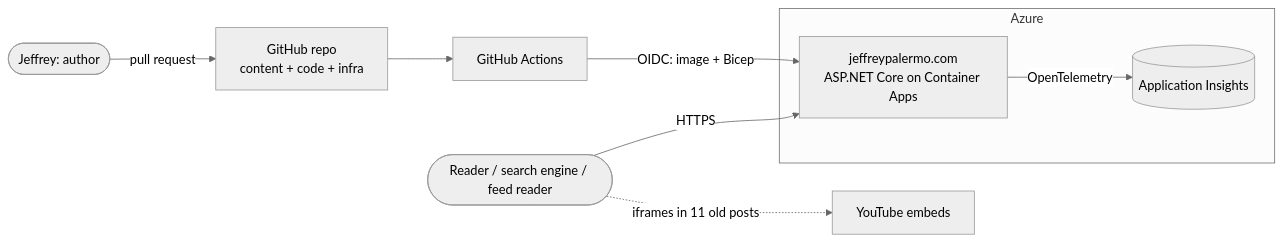
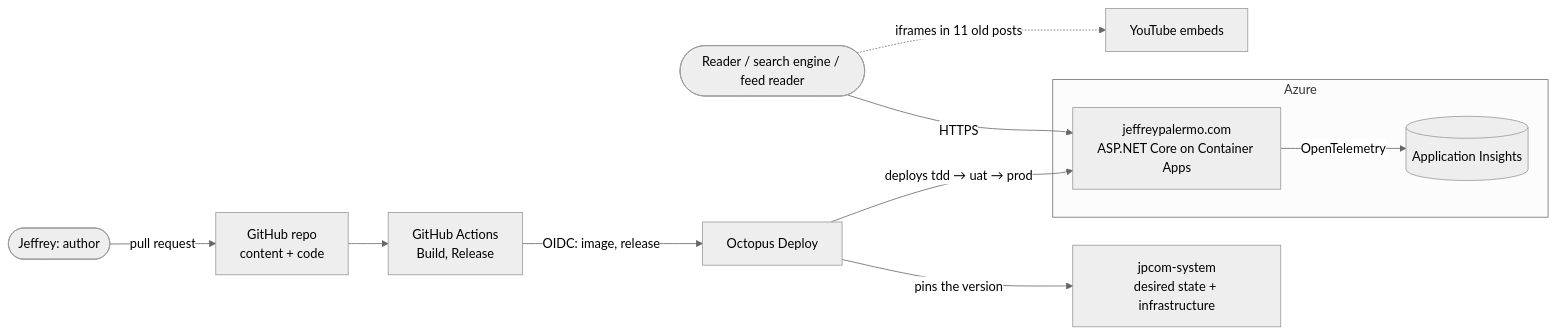
One commit to jeffreypalermo-sites/jeffreypalermo.com changed the first of 7 diagrams in docs/architecture/README.md. Above: the diagram before and after it, drawn with Mermaid (neutral theme). The commit also changed other lines of this file and 16 other files, not shown here.

First line of the commit message:
Deliver through the demo-environment-kit GitOps system (ADR-0006)

````diff
--- a/docs/architecture/README.md
+++ b/docs/architecture/README.md
@@ -24,18 +25,22 @@
 ```mermaid
 flowchart LR
     reader([Reader / search engine / feed reader])
     author([Jeffrey: author])
     subgraph Azure
         app[jeffreypalermo.com<br/>ASP.NET Core on Container Apps]
         ai[(Application Insights)]
     end
-    gh[GitHub repo<br/>content + code + infra]
-    actions[GitHub Actions]
+    gh[GitHub repo<br/>content + code]
+    actions[GitHub Actions<br/>Build, Release]
+    octo[Octopus Deploy]
+    sys[jpcom-system<br/>desired state + infrastructure]
     yt[YouTube embeds]
 
     reader -- HTTPS --> app
     author -- pull request --> gh
-    gh --> actions -- "OIDC: image + Bicep" --> app
+    gh --> actions -- "OIDC: image, release" --> octo
+    octo -- "pins the version" --> sys
+    octo -- "deploys tdd → uat → prod" --> app
     app -- OpenTelemetry --> ai
     reader -. iframes in 11 old posts .-> yt
 ```
````
